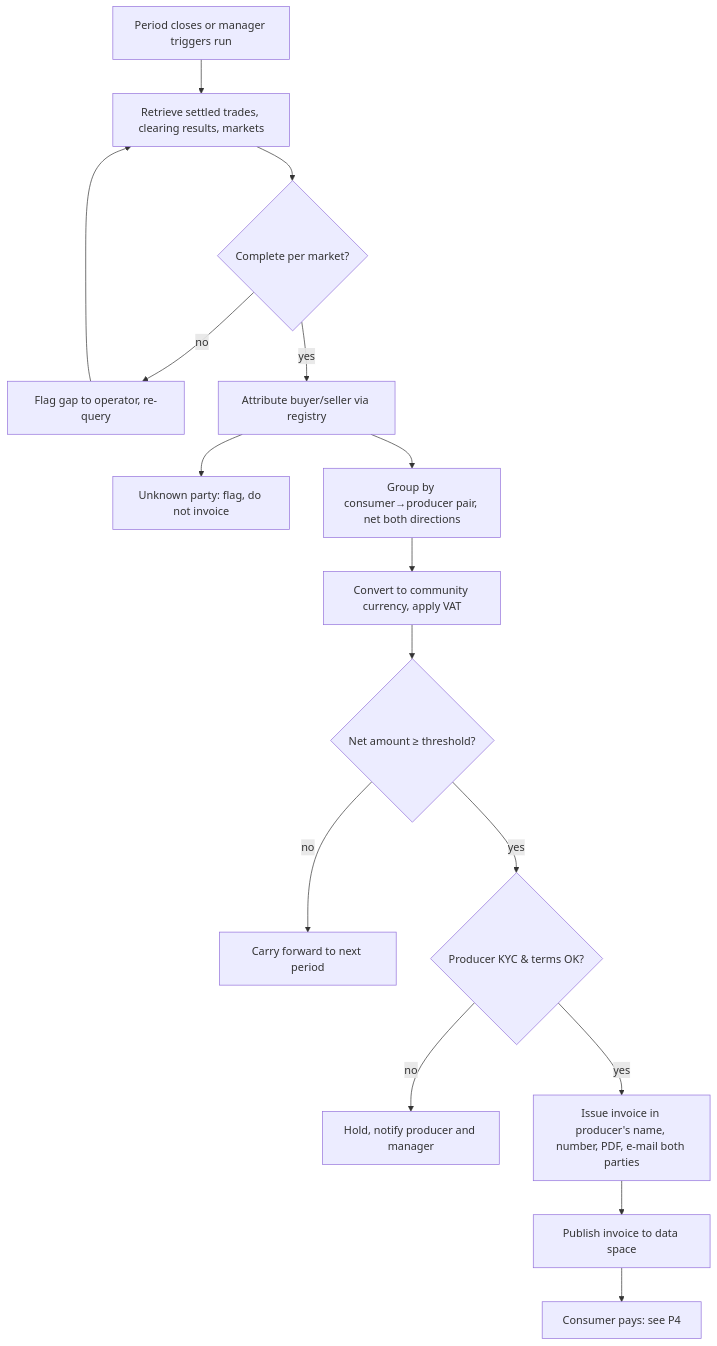
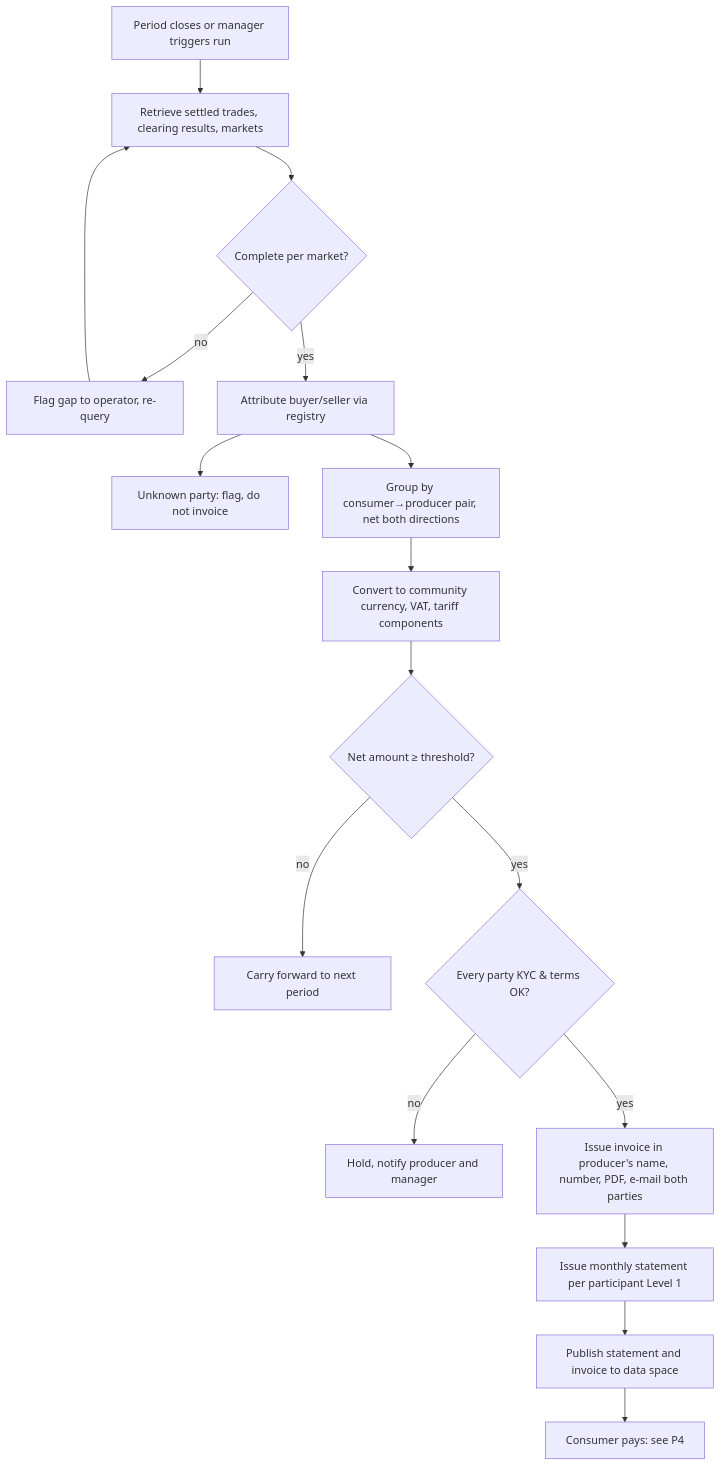
The fourth of 7 diagrams in docs/architecture/01-functional-architecture.md (blooo-io/intelligent-eu-bps-source), drawn with Mermaid before and after one commit. The commit also changed other lines of this file and 96 other files, not shown here.

````diff
--- a/docs/architecture/01-functional-architecture.md
+++ b/docs/architecture/01-functional-architecture.md
@@ -163,18 +165,19 @@
 ```mermaid
 %% elk %%
 flowchart TD
   A[Period closes or manager triggers run] --> B[Retrieve settled trades, clearing results, markets]
   B --> C{Complete per market?}
   C -- no --> C1[Flag gap to operator, re-query] --> B
   C -- yes --> D[Attribute buyer/seller via registry]
   D --> D1[Unknown party: flag, do not invoice]
   D --> E[Group by consumer→producer pair, net both directions]
-  E --> F[Convert to community currency, apply VAT]
+  E --> F[Convert to community currency, VAT, tariff components]
   F --> G{Net amount ≥ threshold?}
   G -- no --> G1[Carry forward to next period]
-  G -- yes --> H{Producer KYC & terms OK?}
+  G -- yes --> H{Every party KYC & terms OK?}
   H -- no --> H1[Hold, notify producer and manager]
   H -- yes --> I[Issue invoice in producer's name, number, PDF, e-mail both parties]
-  I --> J[Publish invoice to data space]
+  I --> S[Issue monthly statement per participant Level 1]
+  S --> J[Publish statement and invoice to data space]
   J --> K[Consumer pays: see P4]
 ```
````
